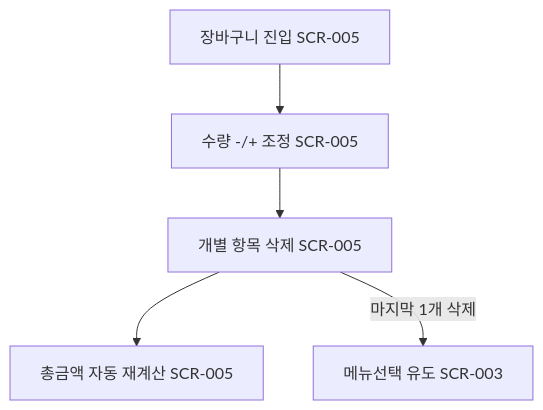
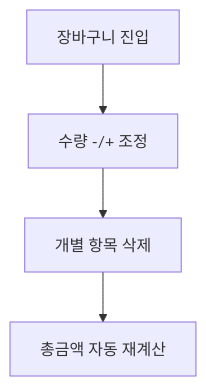
Before and after one commit to hagenie128/ASAK: the tenth of 25 diagrams in docs/wiki/user-scenarios.md, drawn with Mermaid. The commit also changed other lines of this file and 241 other files, not shown here.

````diff
--- a/docs/wiki/user-scenarios.md
+++ b/docs/wiki/user-scenarios.md
@@ -160,7 +160,6 @@
 ```mermaid
 flowchart TD
-    A[장바구니 진입 SCR-005] --> B[수량 -/+ 조정 SCR-005]
-    B --> C[개별 항목 삭제 SCR-005]
-    C --> D[총금액 자동 재계산 SCR-005]
-    C -->|마지막 1개 삭제| E[메뉴선택 유도 SCR-003]
+    A[장바구니 진입] --> B[수량 -/+ 조정]
+    B --> C[개별 항목 삭제]
+    C --> D[총금액 자동 재계산]
 ```
````
